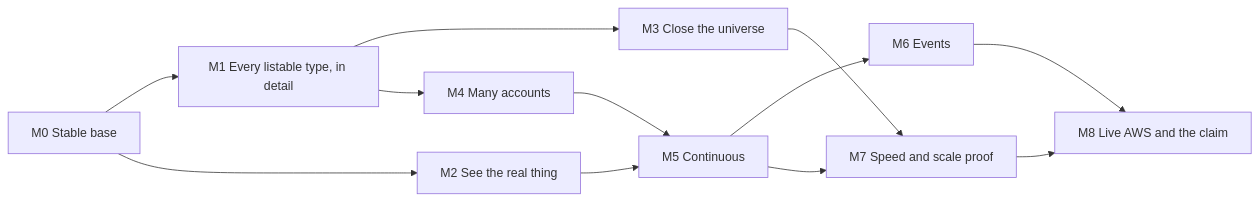
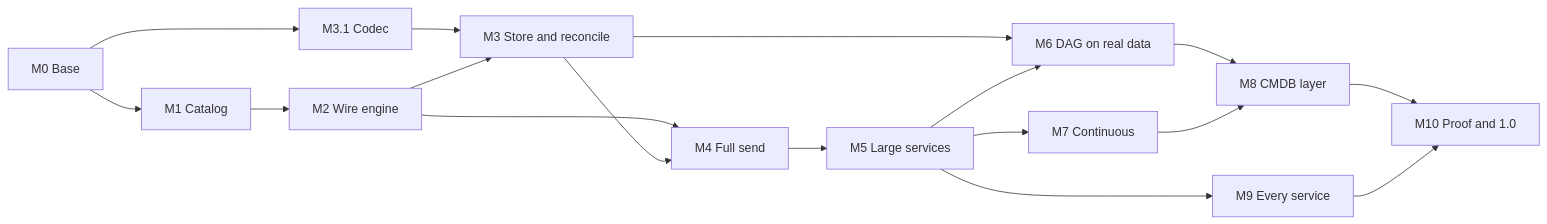
The diagram in docs/ROADMAP.md (lprior-repo/aws-inventory-rust), drawn with Mermaid before and after one commit. The commit also changed other lines of this file and 13 other files, not shown here.

First line of the commit message:
Redefine the product around a direct-endpoint wire engine

````diff
--- a/docs/ROADMAP.md
+++ b/docs/ROADMAP.md
@@ -53,14 +38,19 @@
 ```mermaid
 flowchart LR
-    M0["M0 Stable base"] --> M1["M1 Every listable type, in detail"]
-    M0 --> M2["M2 See the real thing"]
-    M1 --> M3["M3 Close the universe"]
-    M1 --> M4["M4 Many accounts"]
-    M2 --> M5["M5 Continuous"]
-    M4 --> M5
-    M5 --> M6["M6 Events"]
-    M3 --> M7["M7 Speed and scale proof"]
-    M5 --> M7
-    M6 --> M8["M8 Live AWS and the claim"]
+    M0[M0 Base] --> M1[M1 Catalog]
+    M0 --> M3a[M3.1 Codec]
+    M1 --> M2[M2 Wire engine]
+    M3a --> M3[M3 Store and reconcile]
+    M2 --> M3
+    M2 --> M4[M4 Full send]
+    M3 --> M4
+    M4 --> M5[M5 Large services]
+    M3 --> M6[M6 DAG on real data]
+    M5 --> M6
+    M5 --> M7[M7 Continuous]
+    M6 --> M8[M8 CMDB layer]
     M7 --> M8
+    M5 --> M9[M9 Every service]
+    M8 --> M10[M10 Proof and 1.0]
+    M9 --> M10
 ```
````
